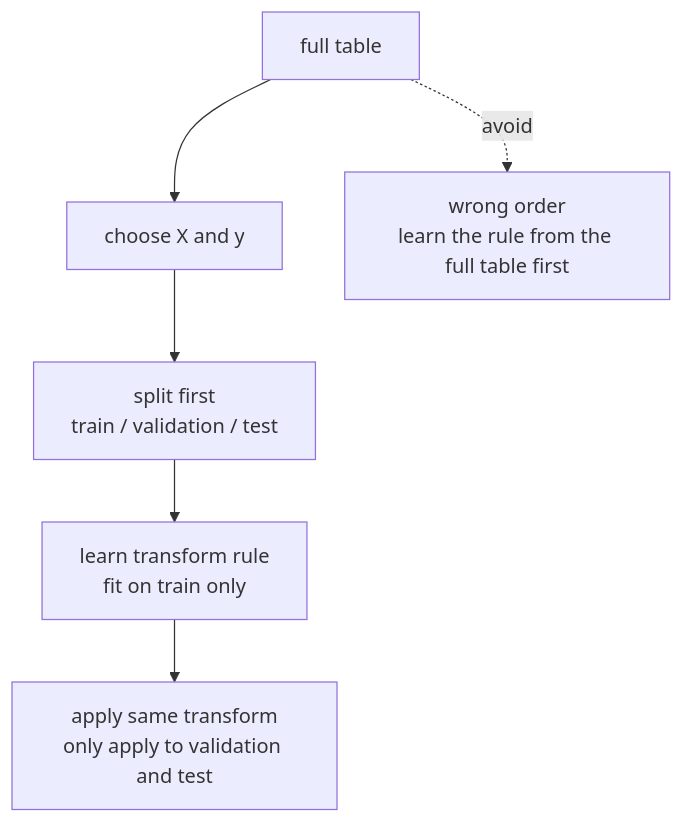
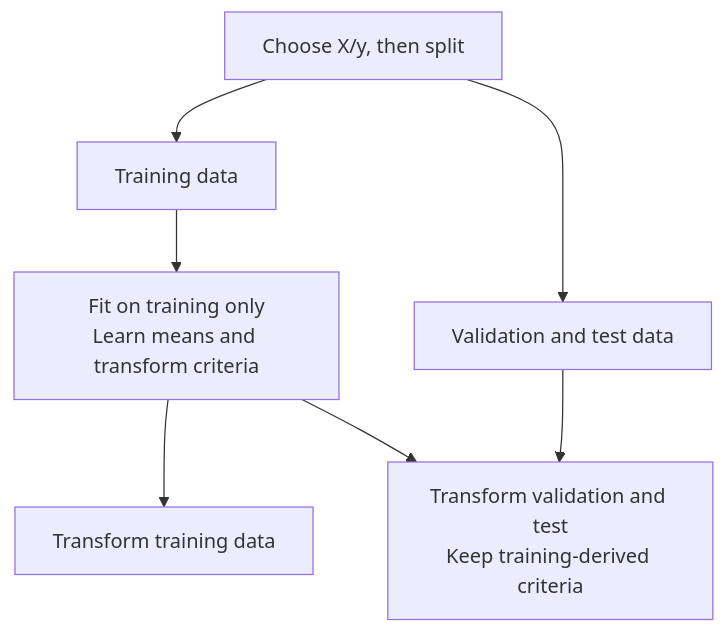
One commit to devchan64/AiBook changed the diagram in docs/assets/part-02/chapter-12/no-leakage-preprocessing-flow-en.mmd. Above: the diagram before and after it, drawn with Mermaid. The commit also changed 26 other files, not shown here.

```diff
--- a/docs/assets/part-02/chapter-12/no-leakage-preprocessing-flow-en.mmd
+++ b/docs/assets/part-02/chapter-12/no-leakage-preprocessing-flow-en.mmd
@@ -1,10 +1,8 @@
 flowchart TD
-    full["full table"]
-    choose["choose X and y"]
-    split["split first<br/>train / validation / test"]
-    fit_train["learn transform rule<br/>fit on train only"]
-    apply_other["apply same transform<br/>only apply to validation and test"]
-    bad["wrong order<br/>learn the rule from the full table first"]
-
-    full --> choose --> split --> fit_train --> apply_other
-    full -. avoid .-> bad
+    a["Choose X/y, then split"]
+    a --> b["Training data"]
+    a --> c["Validation and test data"]
+    b --> d["Fit on training only<br/>Learn means and transform criteria"]
+    d --> e["Transform training data"]
+    d --> f["Transform validation and test<br/>Keep training-derived criteria"]
+    c --> f
```
